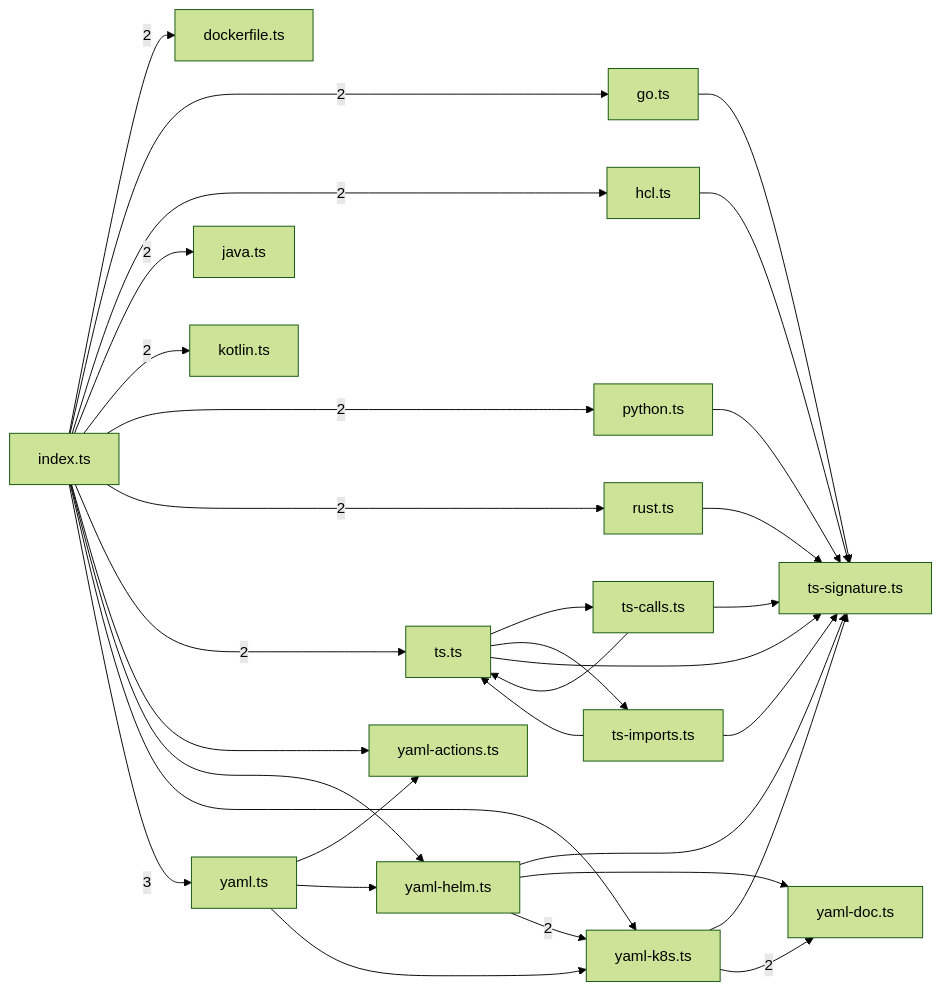
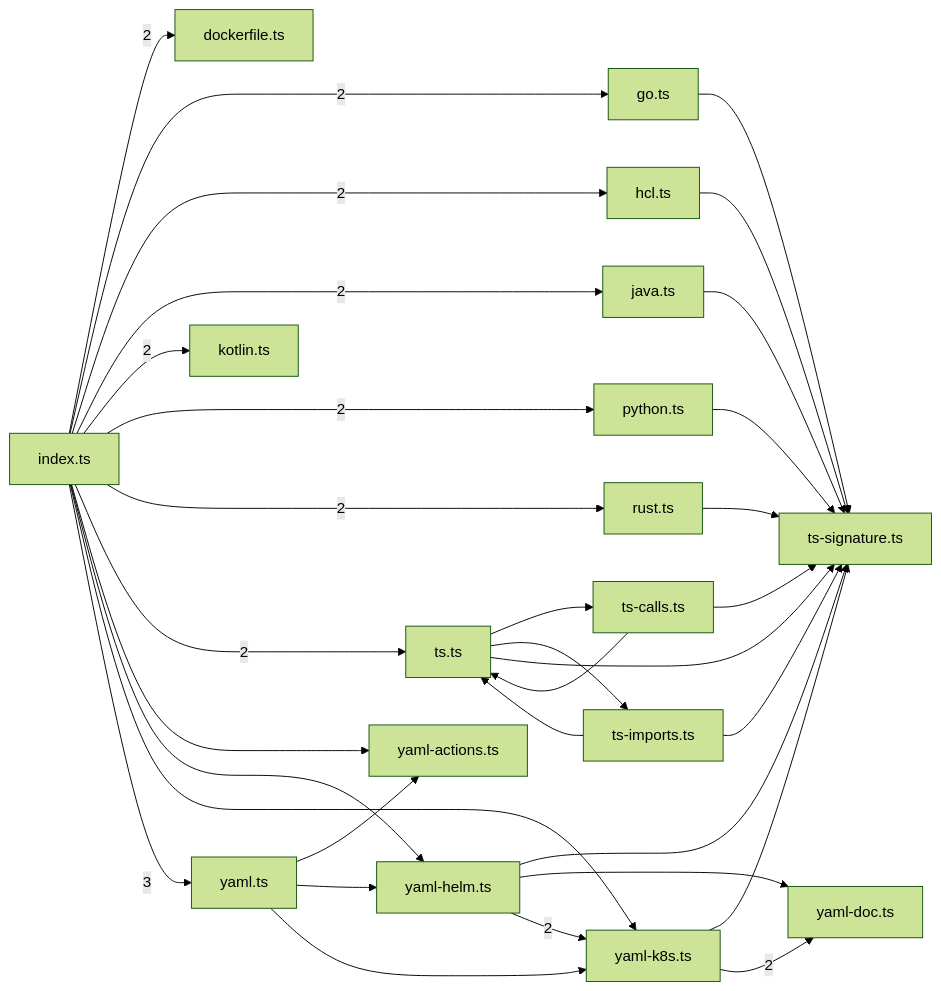
One commit to sns45/greplost changed the third of 8 diagrams in .greplost/packages/greplost__core/MAP.md. Above: the diagram before and after it, drawn with Mermaid (forest theme). The commit also changed other lines of this file and 16 other files, not shown here.

````diff
--- a/.greplost/packages/greplost__core/MAP.md
+++ b/.greplost/packages/greplost__core/MAP.md
@@ -231,51 +231,52 @@
 ```mermaid
 graph LR
   packages_core_src_extract_dockerfile_ts["dockerfile.ts"]
   packages_core_src_extract_go_ts["go.ts"]
   packages_core_src_extract_hcl_ts["hcl.ts"]
   packages_core_src_extract_index_ts["index.ts"]
   packages_core_src_extract_java_ts["java.ts"]
   packages_core_src_extract_kotlin_ts["kotlin.ts"]
   packages_core_src_extract_python_ts["python.ts"]
   packages_core_src_extract_rust_ts["rust.ts"]
   packages_core_src_extract_ts_calls_ts["ts-calls.ts"]
   packages_core_src_extract_ts_imports_ts["ts-imports.ts"]
   packages_core_src_extract_ts_signature_ts["ts-signature.ts"]
   packages_core_src_extract_ts_ts["ts.ts"]
   packages_core_src_extract_yaml_actions_ts["yaml-actions.ts"]
   packages_core_src_extract_yaml_doc_ts["yaml-doc.ts"]
   packages_core_src_extract_yaml_helm_ts["yaml-helm.ts"]
   packages_core_src_extract_yaml_k8s_ts["yaml-k8s.ts"]
   packages_core_src_extract_yaml_ts["yaml.ts"]
   packages_core_src_extract_go_ts --> packages_core_src_extract_ts_signature_ts
   packages_core_src_extract_hcl_ts --> packages_core_src_extract_ts_signature_ts
   packages_core_src_extract_index_ts -->|2| packages_core_src_extract_dockerfile_ts
   packages_core_src_extract_index_ts -->|2| packages_core_src_extract_go_ts
   packages_core_src_extract_index_ts -->|2| packages_core_src_extract_hcl_ts
   packages_core_src_extract_index_ts -->|2| packages_core_src_extract_java_ts
   packages_core_src_extract_index_ts -->|2| packages_core_src_extract_kotlin_ts
   packages_core_src_extract_index_ts -->|2| packages_core_src_extract_python_ts
   packages_core_src_extract_index_ts -->|2| packages_core_src_extract_rust_ts
   packages_core_src_extract_index_ts -->|2| packages_core_src_extract_ts_ts
   packages_core_src_extract_index_ts --> packages_core_src_extract_yaml_actions_ts
   packages_core_src_extract_index_ts --> packages_core_src_extract_yaml_helm_ts
   packages_core_src_extract_index_ts --> packages_core_src_extract_yaml_k8s_ts
   packages_core_src_extract_index_ts -->|3| packages_core_src_extract_yaml_ts
+  packages_core_src_extract_java_ts --> packages_core_src_extract_ts_signature_ts
   packages_core_src_extract_python_ts --> packages_core_src_extract_ts_signature_ts
   packages_core_src_extract_rust_ts --> packages_core_src_extract_ts_signature_ts
   packages_core_src_extract_ts_calls_ts --> packages_core_src_extract_ts_signature_ts
   packages_core_src_extract_ts_calls_ts --> packages_core_src_extract_ts_ts
   packages_core_src_extract_ts_imports_ts --> packages_core_src_extract_ts_signature_ts
   packages_core_src_extract_ts_imports_ts --> packages_core_src_extract_ts_ts
   packages_core_src_extract_ts_ts --> packages_core_src_extract_ts_calls_ts
   packages_core_src_extract_ts_ts --> packages_core_src_extract_ts_imports_ts
   packages_core_src_extract_ts_ts --> packages_core_src_extract_ts_signature_ts
   packages_core_src_extract_yaml_helm_ts --> packages_core_src_extract_ts_signature_ts
   packages_core_src_extract_yaml_helm_ts --> packages_core_src_extract_yaml_doc_ts
   packages_core_src_extract_yaml_helm_ts -->|2| packages_core_src_extract_yaml_k8s_ts
   packages_core_src_extract_yaml_k8s_ts --> packages_core_src_extract_ts_signature_ts
   packages_core_src_extract_yaml_k8s_ts -->|2| packages_core_src_extract_yaml_doc_ts
   packages_core_src_extract_yaml_ts --> packages_core_src_extract_yaml_actions_ts
   packages_core_src_extract_yaml_ts --> packages_core_src_extract_yaml_helm_ts
   packages_core_src_extract_yaml_ts --> packages_core_src_extract_yaml_k8s_ts
 ```
````
